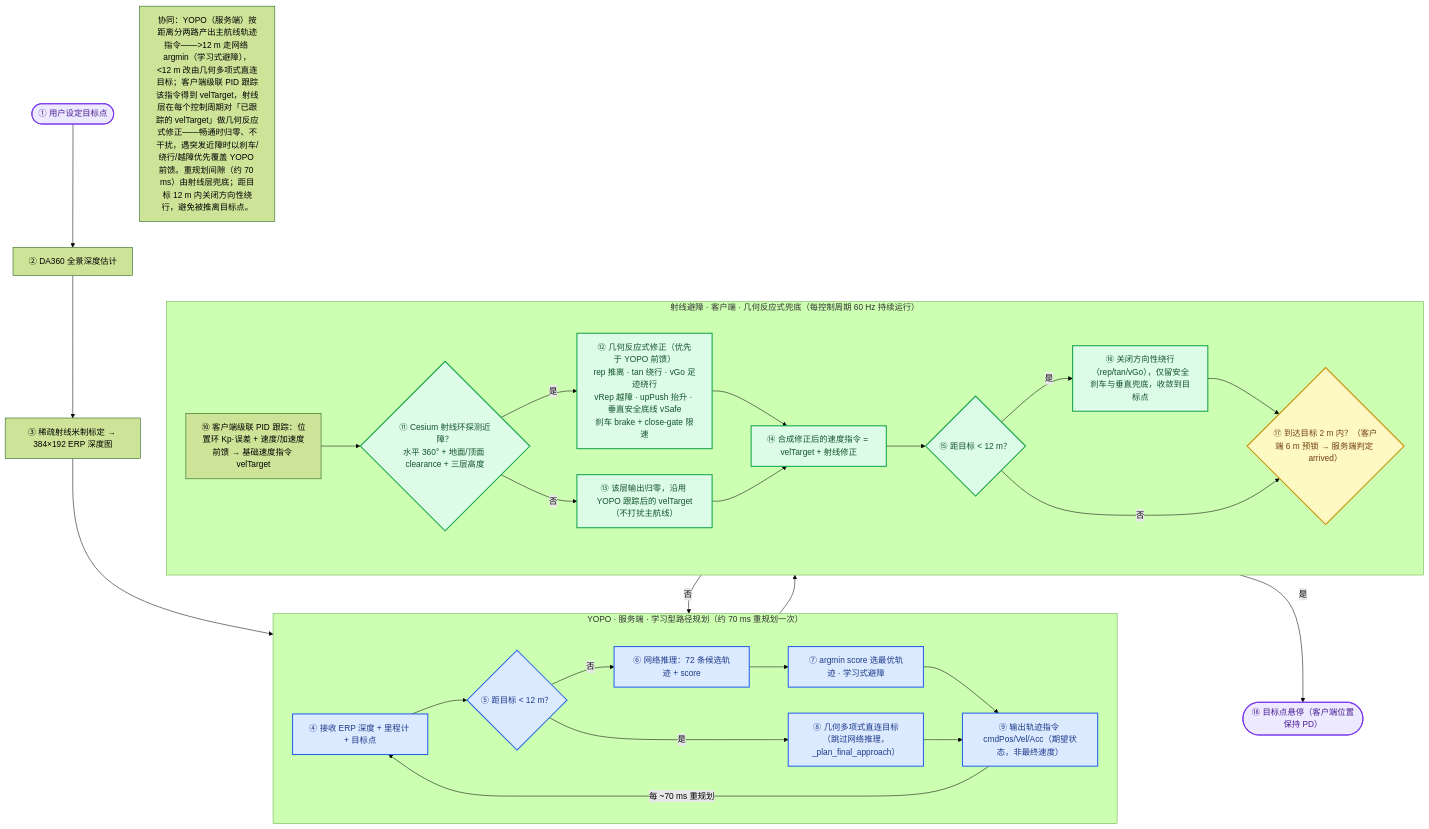
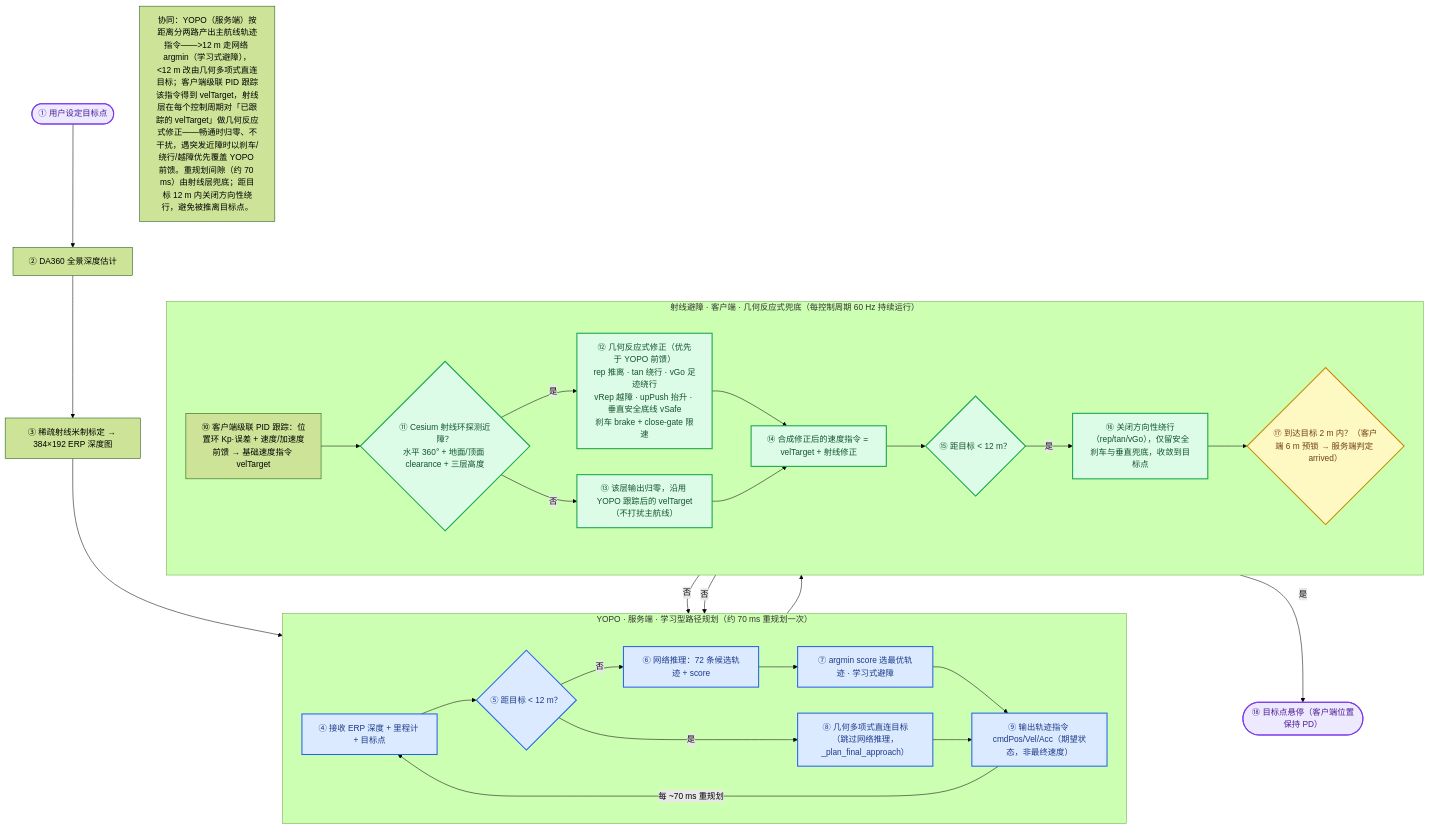
One commit to wuuwuu26/MindCloud_World_Fly_Private changed the diagram in README.md. Above: the diagram before and after it, drawn with Mermaid (forest theme). The commit also changed 1 other file, not shown here.

Commit message:
docs: 客户端⑮近目标判断「否」分支回指④继续导航循环

````diff
--- a/README.md
+++ b/README.md
@@ -69,48 +69,48 @@
 ```mermaid
 flowchart TD
     classDef yopo fill:#dbeafe,stroke:#2563eb,stroke-width:2px,color:#1e3a8a;
     classDef ray fill:#dcfce7,stroke:#16a34a,stroke-width:2px,color:#14532d;
     classDef dec fill:#fef9c3,stroke:#ca8a04,stroke-width:2px,color:#713f12;
     classDef term fill:#ede9fe,stroke:#7c3aed,stroke-width:2px,color:#4c1d95;
 
     Start([① 用户设定目标点]) --> Depth[② DA360 全景深度估计]
     Depth --> Calib[③ 稀疏射线米制标定 → 384×192 ERP 深度图]
     Calib --> YIN
 
     subgraph YOPO["YOPO · 服务端 · 学习型路径规划（约 70 ms 重规划一次）"]
         direction LR
         YIN[④ 接收 ERP 深度 + 里程计 + 目标点]
         YIN --> Dist{⑤ 距目标 < 12 m？}
         Dist -->|否| Cands[⑥ 网络推理：72 条候选轨迹 + score]
         Cands --> Argmin[⑦ argmin score 选最优轨迹 · 学习式避障]
         Dist -->|是| Poly[⑧ 几何多项式直连目标<br/>（跳过网络推理，_plan_final_approach）]
         Argmin --> Cmd[⑨ 输出轨迹指令 cmdPos/Vel/Acc（期望状态，非最终速度）]
         Poly --> Cmd
         Cmd -->|每 ~70 ms 重规划| YIN
     end
     class YIN,Dist,Cands,Argmin,Poly,Cmd yopo;
 
     Cmd --> Track[⑩ 客户端级联 PID 跟踪：位置环 Kp·误差 + 速度/加速度前馈 → 基础速度指令 velTarget]
 
     subgraph RAY["射线避障 · 客户端 · 几何反应式兜底（每控制周期 60 Hz 持续运行）"]
         direction LR
         Track --> Probe{"⑪ Cesium 射线环探测近障？<br/>水平 360° + 地面/顶面 clearance + 三层高度"}
         Probe -->|是| Field["⑫ 几何反应式修正（优先于 YOPO 前馈）<br/>rep 推离 · tan 绕行 · vGo 足迹绕行<br/>vRep 越障 · upPush 抬升 · 垂直安全底线 vSafe<br/>刹车 brake + close-gate 限速"]
         Probe -->|否| Zero["⑬ 该层输出归零，沿用 YOPO 跟踪后的 velTarget（不打扰主航线）"]
         Field --> Synth[⑭ 合成修正后的速度指令 = velTarget + 射线修正]
         Zero --> Synth
         Synth --> Near{⑮ 距目标 < 12 m？}
         Near -->|是| Converge["⑯ 关闭方向性绕行（rep/tan/vGo），仅留安全刹车与垂直兜底，收敛到目标点"]
         Converge --> Arrive
-        Near -->|否| Arrive
+        Near -->|否| YIN
     end
     class Probe,Field,Zero,Synth,Near,Converge ray;
 
     Arrive{"⑰ 到达目标 2 m 内？（客户端 6 m 预锁 → 服务端判定 arrived）"}
     Arrive -->|否| YIN
     Arrive -->|是| End([⑱ 目标点悬停（客户端位置保持 PD）])
     class Arrive dec;
     class Start,End term;
 
     Note["协同：YOPO（服务端）按距离分两路产出主航线轨迹指令——>12 m 走网络 argmin（学习式避障），<12 m 改由几何多项式直连目标；客户端级联 PID 跟踪该指令得到 velTarget，射线层在每个控制周期对「已跟踪的 velTarget」做几何反应式修正——畅通时归零、不干扰，遇突发近障时以刹车/绕行/越障优先覆盖 YOPO 前馈。重规划间隙（约 70 ms）由射线层兜底；距目标 12 m 内关闭方向性绕行，避免被推离目标点。"]
 ```
````
